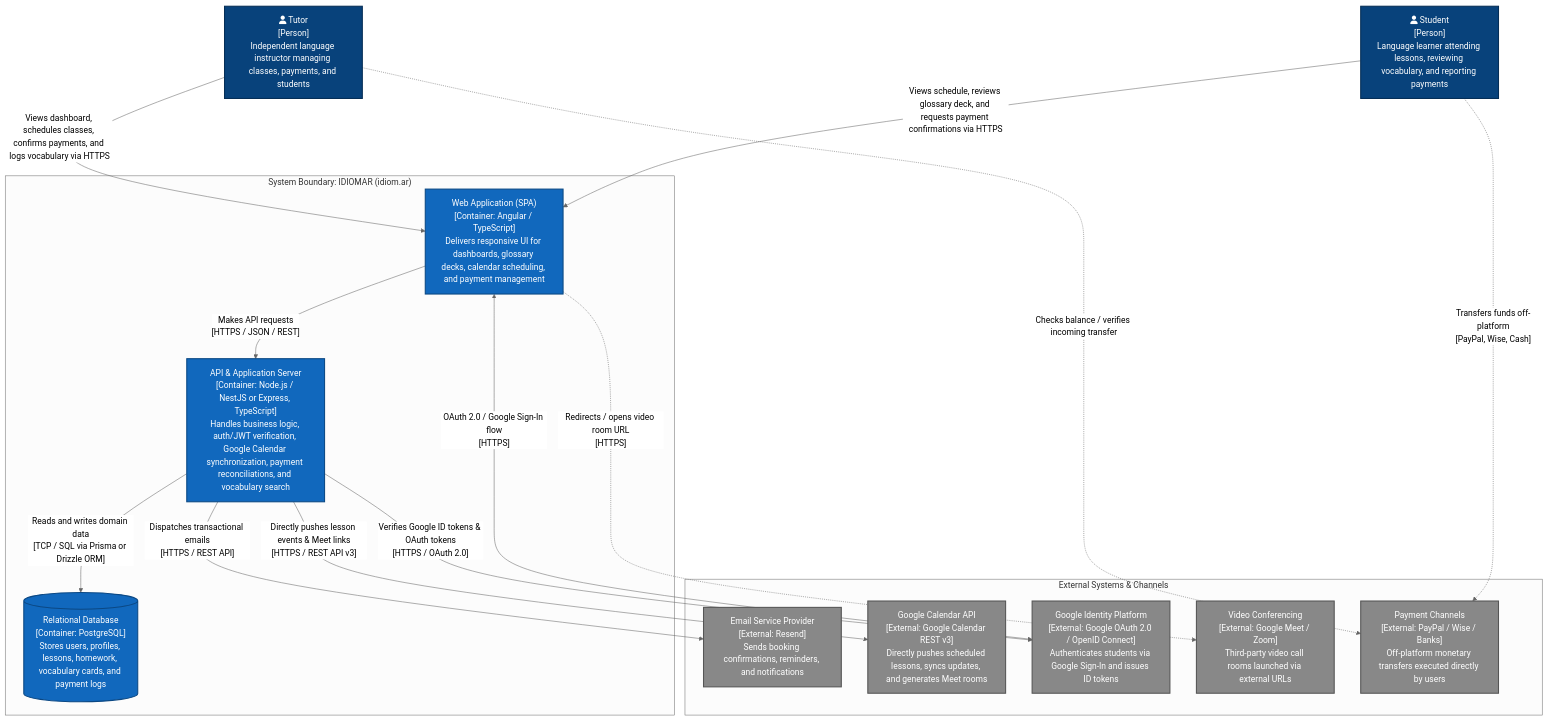
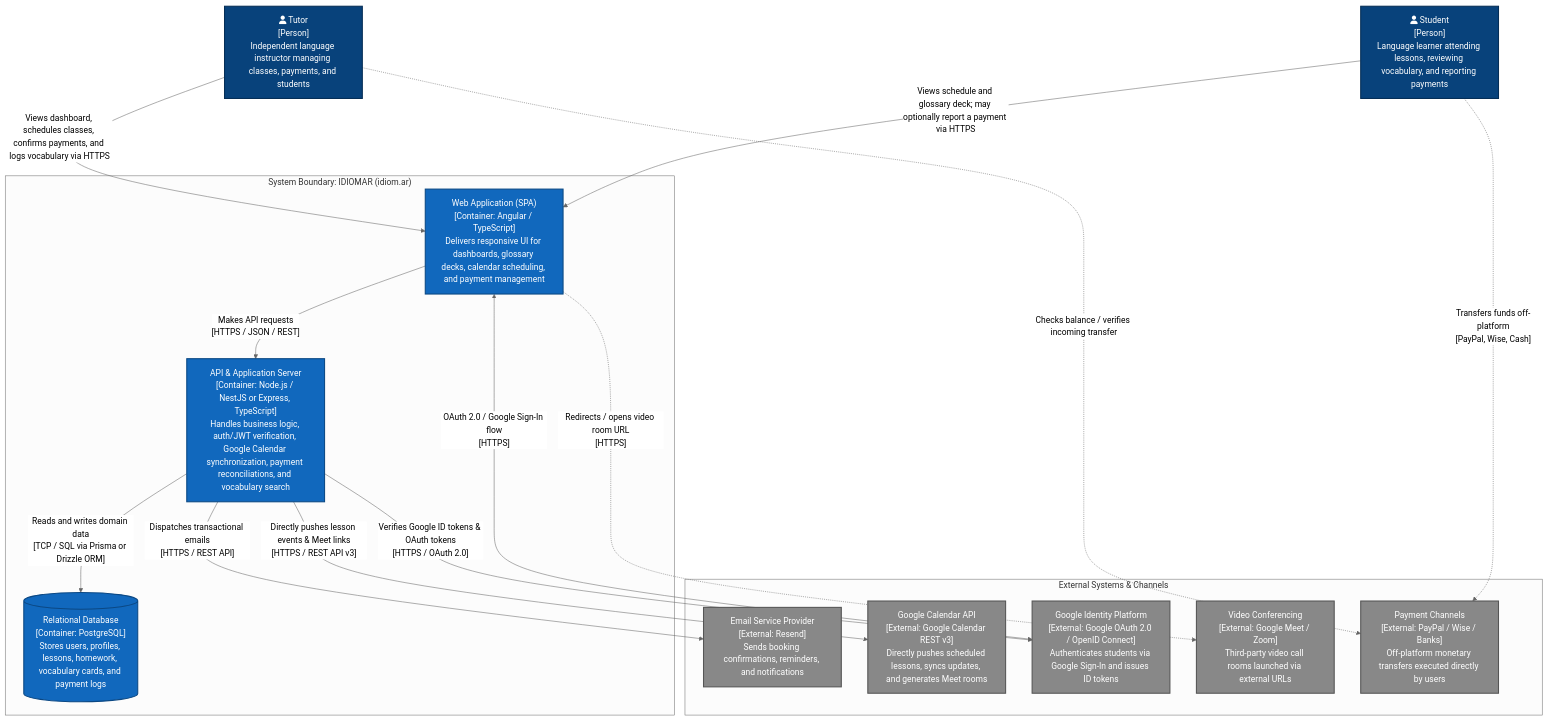
The second of 6 diagrams in docs/diagrams/README.md (DmytroCherednichenko/idiomar-crm), drawn with Mermaid (neutral theme) before and after one commit. The commit also changed other lines of this file and 6 other files, not shown here.

Commit message:
Rethink payment sequence introducing optional notification

````diff
--- a/docs/diagrams/README.md
+++ b/docs/diagrams/README.md
@@ -112,41 +112,41 @@
 ```mermaid
 flowchart TD
     classDef person fill:#08427b,stroke:#052e56,color:#ffffff,stroke-width:2px;
     classDef container fill:#1168bd,stroke:#0b4884,color:#ffffff,stroke-width:2px;
     classDef database fill:#1168bd,stroke:#0b4884,color:#ffffff,stroke-width:2px;
     classDef external fill:#888888,stroke:#555555,color:#ffffff,stroke-width:2px;
     classDef boundary fill:#f9f9f9,stroke:#999999,stroke-width:2px,stroke-dasharray: 5 5;
 
     Tutor["fa:fa-user Tutor\n[Person]\nIndependent language instructor managing classes, payments, and students"]:::person
     Student["fa:fa-user Student\n[Person]\nLanguage learner attending lessons, reviewing vocabulary, and reporting payments"]:::person
 
     subgraph ExternalServices["External Systems & Channels"]
         GoogleAuth["Google Identity Platform\n[External: Google OAuth 2.0 / OpenID Connect]\nAuthenticates students via Google Sign-In and issues ID tokens"]:::external
         GoogleCalendar["Google Calendar API\n[External: Google Calendar REST v3]\nDirectly pushes scheduled lessons, syncs updates, and generates Meet rooms"]:::external
         EmailService["Email Service Provider\n[External: Resend]\nSends booking confirmations, reminders, and notifications"]:::external
         MeetingPlatform["Video Conferencing\n[External: Google Meet / Zoom]\nThird-party video call rooms launched via external URLs"]:::external
         PaymentChannels["Payment Channels\n[External: PayPal / Wise / Banks]\nOff-platform monetary transfers executed directly by users"]:::external
     end
 
     subgraph IDIOMARSystem["System Boundary: IDIOMAR (idiom.ar)"]
         WebApp["Web Application (SPA)\n[Container: Angular / TypeScript]\nDelivers responsive UI for dashboards, glossary decks, calendar scheduling, and payment management"]:::container
 
         ApiServer["API & Application Server\n[Container: Node.js / NestJS or Express, TypeScript]\nHandles business logic, auth/JWT verification, Google Calendar synchronization, payment reconciliations, and vocabulary search"]:::container
 
         Database[("Relational Database\n[Container: PostgreSQL]\nStores users, profiles, lessons, homework, vocabulary cards, and payment logs")]:::database
     end
 
     Tutor -->|"Views dashboard, schedules classes, confirms payments, and logs vocabulary via HTTPS"| WebApp
-    Student -->|"Views schedule, reviews glossary deck, and requests payment confirmations via HTTPS"| WebApp
+    Student -->|"Views schedule and glossary deck; may optionally report a payment via HTTPS"| WebApp
 
     WebApp -->|"Makes API requests\n[HTTPS / JSON / REST]"| ApiServer
     ApiServer -->|"Reads and writes domain data\n[TCP / SQL via Prisma or Drizzle ORM]"| Database
     ApiServer -->|"Dispatches transactional emails\n[HTTPS / REST API]"| EmailService
     ApiServer -->|"Directly pushes lesson events & Meet links\n[HTTPS / REST API v3]"| GoogleCalendar
     ApiServer -->|"Verifies Google ID tokens & OAuth tokens\n[HTTPS / OAuth 2.0]"| GoogleAuth
 
     WebApp <-->|"OAuth 2.0 / Google Sign-In flow\n[HTTPS]"| GoogleAuth
     WebApp -.->|"Redirects / opens video room URL\n[HTTPS]"| MeetingPlatform
     Student -.->|"Transfers funds off-platform\n[PayPal, Wise, Cash]"| PaymentChannels
     Tutor -.->|"Checks balance / verifies incoming transfer"| PaymentChannels
 ```
````
